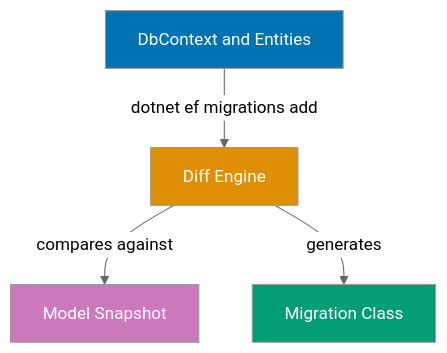
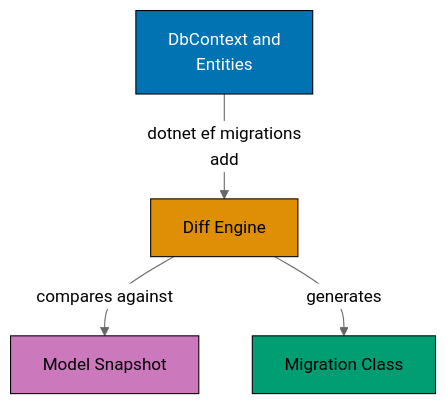
The second of 2 diagrams in apps/ayokoding-www/content/en/learn/legacy/software-engineering/data/tools/csharp-ef-core/by-example/beginner.md (wahidyankf/ose-public), drawn with Mermaid (neutral theme) before and after one commit. The commit also changed other lines of this file and 131 other files, not shown here.

First line of the commit message:
fix(mermaid): bring the legacy data, infrastructure, and testing diagrams onto the accessible palette

````diff
--- a/apps/ayokoding-www/content/en/learn/legacy/software-engineering/data/tools/csharp-ef-core/by-example/beginner.md
+++ b/apps/ayokoding-www/content/en/learn/legacy/software-engineering/data/tools/csharp-ef-core/by-example/beginner.md
@@ -93,12 +99,19 @@
 ```mermaid
 %% Color Palette: Blue #0173B2, Orange #DE8F05, Teal #029E73, Purple #CC78BC, Brown #CA9161
 graph TD
-    A[DbContext and Entities] -->|dotnet ef migrations add| B[Diff Engine]
+    accTitle: Example 2: First Migration
+    accDescr: Graph with 4 nodes and 3 connections. Nodes: DbContext and Entities, Diff Engine, Model Snapshot, Migration Class. Connections: DbContext and Entities to Diff Engine (dotnet ef migrations add), Diff Engine to Model Snapshot (compares against), Diff Engine to Migration Class (generates).
+    A[DbContext and<br/>Entities] -->|dotnet ef migrations<br/>add| B[Diff Engine]
     B -->|compares against| C[Model Snapshot]
     B -->|generates| D[Migration Class]
 
-    style A fill:#0173B2,color:#fff
-    style B fill:#DE8F05,color:#fff
-    style C fill:#CC78BC,color:#fff
-    style D fill:#029E73,color:#fff
+    classDef pal-0173B2 fill:#0173B2,stroke:#000000,color:#FFFFFF
+    class A pal-0173B2
+    classDef pal-DE8F05 fill:#DE8F05,stroke:#000000,color:#000000
+    class B pal-DE8F05
+    classDef pal-CC78BC fill:#CC78BC,stroke:#000000,color:#000000
+    class C pal-CC78BC
+    classDef pal-029E73 fill:#029E73,stroke:#000000,color:#000000
+    class D pal-029E73
+    classDef default fill:#FFFFFF,stroke:#000000,color:#000000
 ```
````
